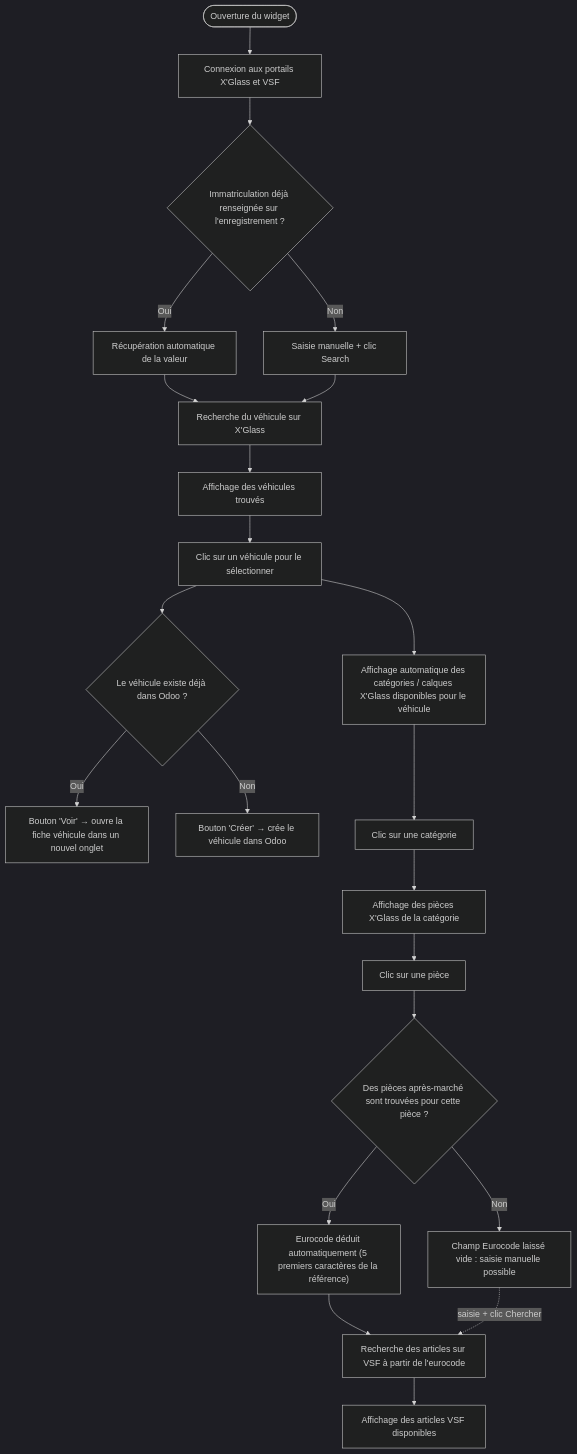
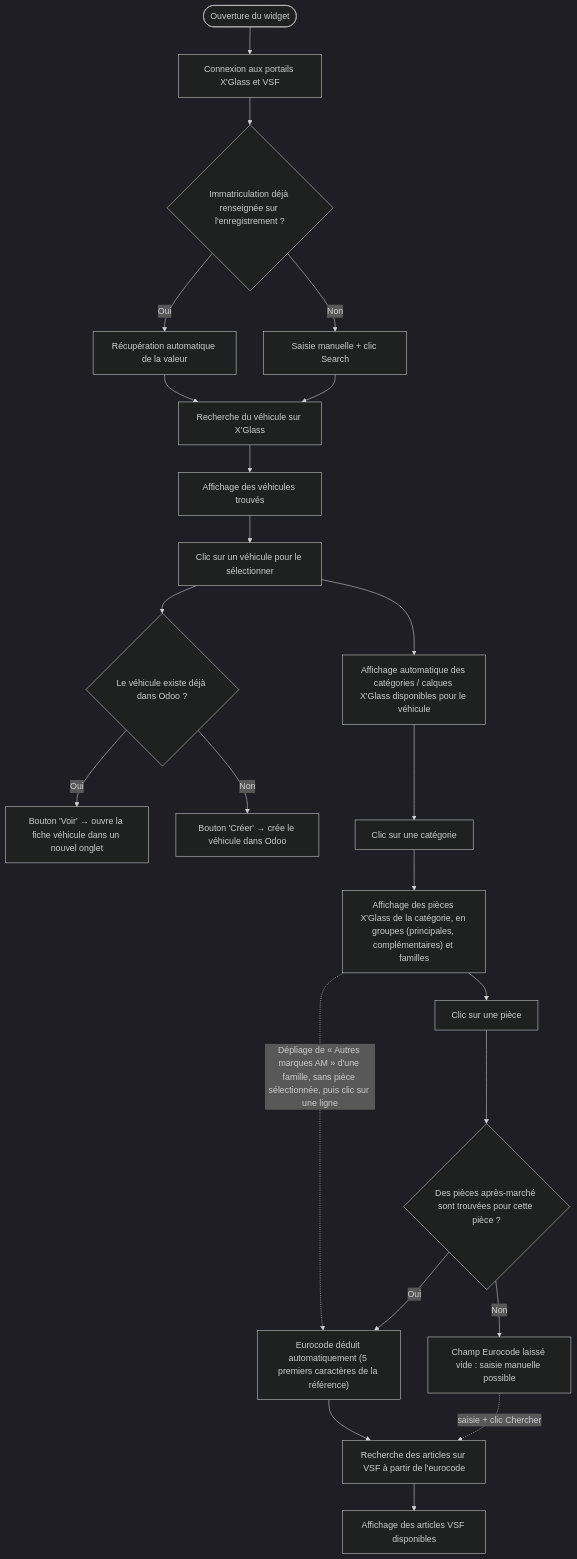
The first of 3 diagrams in rpbm_agent/docs/fonctionnel/parcours-utilisateur.md (rpbmSdk/rpbm), drawn with Mermaid (dark theme) before and after one commit. The commit also changed other lines of this file and 6 other files, not shown here.

First line of the commit message:
docs(rpbm_agent): documenter le groupage X'Glass et Autres marques AM par famille (R19-R20)

````diff
--- a/rpbm_agent/docs/fonctionnel/parcours-utilisateur.md
+++ b/rpbm_agent/docs/fonctionnel/parcours-utilisateur.md
@@ -11,24 +11,25 @@
 ```mermaid
 flowchart TD
     A([Ouverture du widget]) --> B[Connexion aux portails X'Glass et VSF]
     B --> C{Immatriculation déjà renseignée sur l'enregistrement ?}
     C -->|Oui| D[Récupération automatique de la valeur]
     C -->|Non| E[Saisie manuelle + clic Search]
     D --> F[Recherche du véhicule sur X'Glass]
     E --> F
     F --> G[Affichage des véhicules trouvés]
     G --> H[Clic sur un véhicule pour le sélectionner]
     H --> I{Le véhicule existe déjà dans Odoo ?}
     I -->|Oui| J["Bouton 'Voir' → ouvre la fiche véhicule dans un nouvel onglet"]
     I -->|Non| K["Bouton 'Créer' → crée le véhicule dans Odoo"]
     H --> M[Affichage automatique des catégories / calques X'Glass disponibles pour le véhicule]
     M --> N[Clic sur une catégorie]
-    N --> O[Affichage des pièces X'Glass de la catégorie]
+    N --> O["Affichage des pièces X'Glass de la catégorie, en groupes (principales, complémentaires) et familles"]
     O --> P[Clic sur une pièce]
+    O -.->|"Dépliage de « Autres marques AM » d'une famille, sans pièce sélectionnée, puis clic sur une ligne"| R
     P --> Q{Des pièces après-marché sont trouvées pour cette pièce ?}
     Q -->|Oui| R["Eurocode déduit automatiquement (5 premiers caractères de la référence)"]
     Q -->|Non| S["Champ Eurocode laissé vide : saisie manuelle possible"]
     R --> T[Recherche des articles sur VSF à partir de l'eurocode]
     S -.->|saisie + clic Chercher| T
     T --> U[Affichage des articles VSF disponibles]
 ```
````
